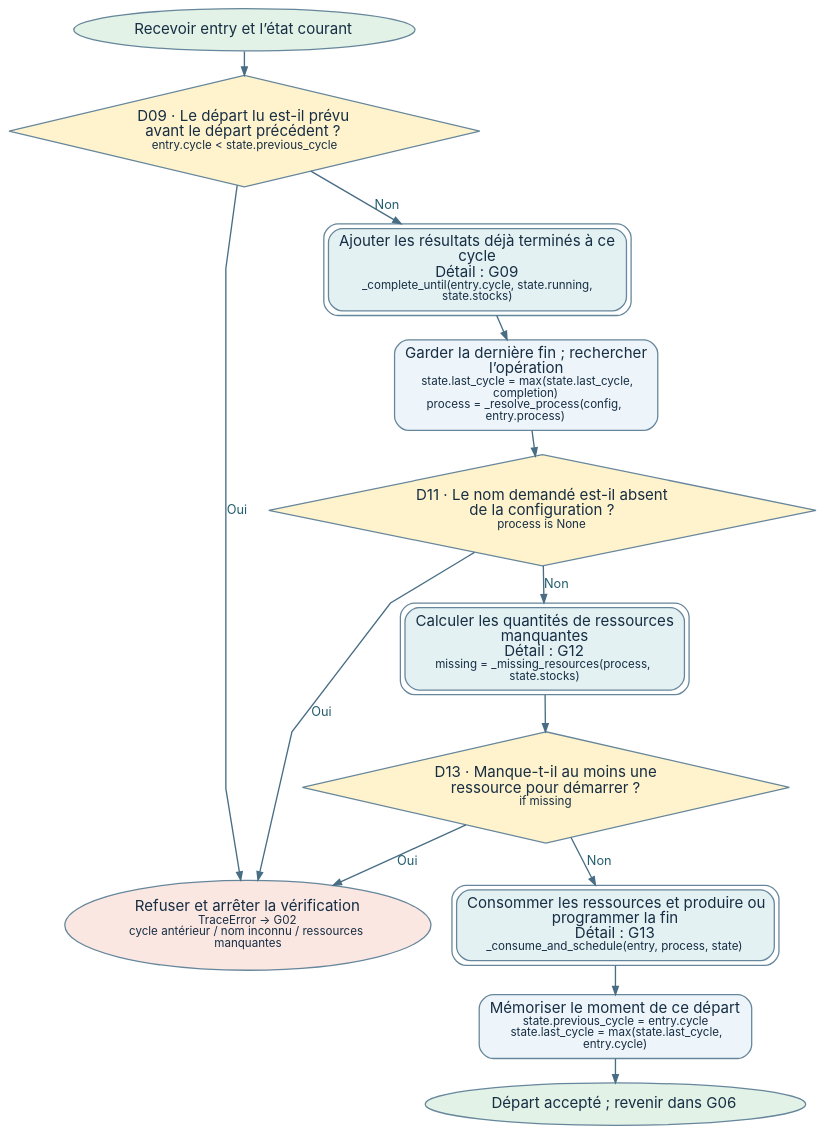
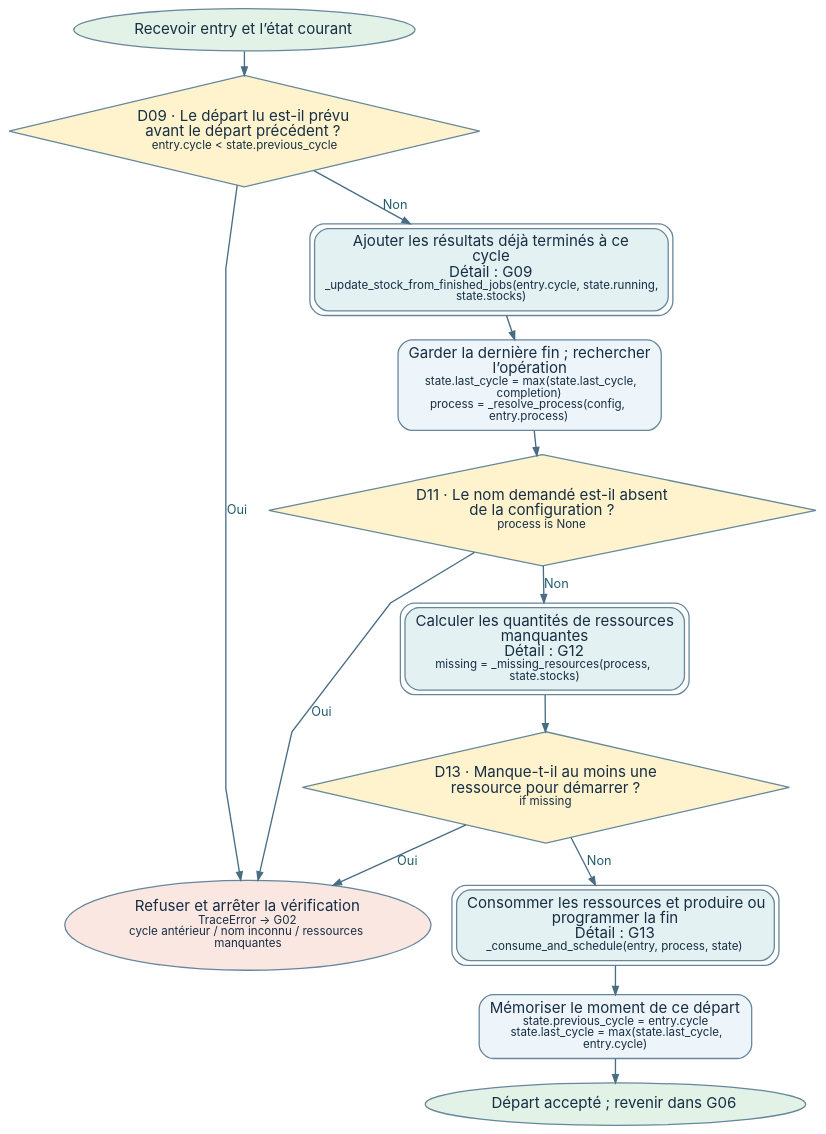
Before and after one commit to raveriss/krpsim: the diagram in output/pdf/eli5_source/connected/G08.dot, drawn with Graphviz. The commit also changed 14 other files, not shown here.

```diff
--- a/output/pdf/eli5_source/connected/G08.dot
+++ b/output/pdf/eli5_source/connected/G08.dot
@@ -1,28 +1,28 @@
 digraph flow {
 graph [rankdir=TB, ranksep=0.28, nodesep=0.25, pad=0.12, splines=polyline, bgcolor="transparent", ordering=out];
 node [fontname="Inter", fontsize=13, color="#66869b", fontcolor="#172e43", penwidth=1.1, margin="0.13,0.09"];
 edge [fontname="Inter", fontsize=11, color="#486d84", fontcolor="#235d6d", penwidth=1.15, arrowsize=0.7];
 start [shape=ellipse, style="filled", fillcolor="#e2f2e7", peripheries=1, label=<<FONT POINT-SIZE="13">Recevoir entry et l’état courant</FONT>>];
 D09 [shape=diamond, style="filled", fillcolor="#fff3cd", peripheries=1, label=<<FONT POINT-SIZE="13">D09 · Le départ lu est-il prévu<BR/>avant le départ précédent ?</FONT><BR/><FONT POINT-SIZE="10.5">entry.cycle &lt; state.previous_cycle</FONT>>];
-complete [shape=box, style="filled,rounded", fillcolor="#e3f1f3", peripheries=2, label=<<FONT POINT-SIZE="13">Ajouter les résultats déjà terminés à ce<BR/>cycle<BR/>Détail : G09</FONT><BR/><FONT POINT-SIZE="10.5">_complete_until(entry.cycle, state.running,<BR/>state.stocks)</FONT>>];
+complete [shape=box, style="filled,rounded", fillcolor="#e3f1f3", peripheries=2, label=<<FONT POINT-SIZE="13">Ajouter les résultats déjà terminés à ce<BR/>cycle<BR/>Détail : G09</FONT><BR/><FONT POINT-SIZE="10.5">_update_stock_from_finished_jobs(entry.cycle, state.running,<BR/>state.stocks)</FONT>>];
 resolve [shape=box, style="filled,rounded", fillcolor="#edf4fa", peripheries=1, label=<<FONT POINT-SIZE="13">Garder la dernière fin ; rechercher<BR/>l’opération</FONT><BR/><FONT POINT-SIZE="10.5">state.last_cycle = max(state.last_cycle,<BR/>completion)<BR/>process = _resolve_process(config,<BR/>entry.process)</FONT>>];
 D11 [shape=diamond, style="filled", fillcolor="#fff3cd", peripheries=1, label=<<FONT POINT-SIZE="13">D11 · Le nom demandé est-il absent<BR/>de la configuration ?</FONT><BR/><FONT POINT-SIZE="10.5">process is None</FONT>>];
 missing [shape=box, style="filled,rounded", fillcolor="#e3f1f3", peripheries=2, label=<<FONT POINT-SIZE="13">Calculer les quantités de ressources<BR/>manquantes<BR/>Détail : G12</FONT><BR/><FONT POINT-SIZE="10.5">missing = _missing_resources(process,<BR/>state.stocks)</FONT>>];
 D13 [shape=diamond, style="filled", fillcolor="#fff3cd", peripheries=1, label=<<FONT POINT-SIZE="13">D13 · Manque-t-il au moins une<BR/>ressource pour démarrer ?</FONT><BR/><FONT POINT-SIZE="10.5">if missing</FONT>>];
 launch [shape=box, style="filled,rounded", fillcolor="#e3f1f3", peripheries=2, label=<<FONT POINT-SIZE="13">Consommer les ressources et produire ou<BR/>programmer la fin<BR/>Détail : G13</FONT><BR/><FONT POINT-SIZE="10.5">_consume_and_schedule(entry, process, state)</FONT>>];
 update [shape=box, style="filled,rounded", fillcolor="#edf4fa", peripheries=1, label=<<FONT POINT-SIZE="13">Mémoriser le moment de ce départ</FONT><BR/><FONT POINT-SIZE="10.5">state.previous_cycle = entry.cycle<BR/>state.last_cycle = max(state.last_cycle,<BR/>entry.cycle)</FONT>>];
 end [shape=ellipse, style="filled", fillcolor="#e2f2e7", peripheries=1, label=<<FONT POINT-SIZE="13">Départ accepté ; revenir dans G06</FONT>>];
 error [shape=ellipse, style="filled", fillcolor="#fbe7e2", peripheries=1, label=<<FONT POINT-SIZE="13">Refuser et arrêter la vérification</FONT><BR/><FONT POINT-SIZE="10.5">TraceError → G02<BR/>cycle antérieur / nom inconnu / ressources<BR/>manquantes</FONT>>];
 start -> D09 [label=""];
 D09 -> error [label="Oui"];
 D09 -> complete [label="Non"];
 complete -> resolve [label=""];
 resolve -> D11 [label=""];
 D11 -> error [label="Oui"];
 D11 -> missing [label="Non"];
 missing -> D13 [label=""];
 D13 -> error [label="Oui"];
 D13 -> launch [label="Non"];
 launch -> update [label=""];
 update -> end [label=""];
 }
```
